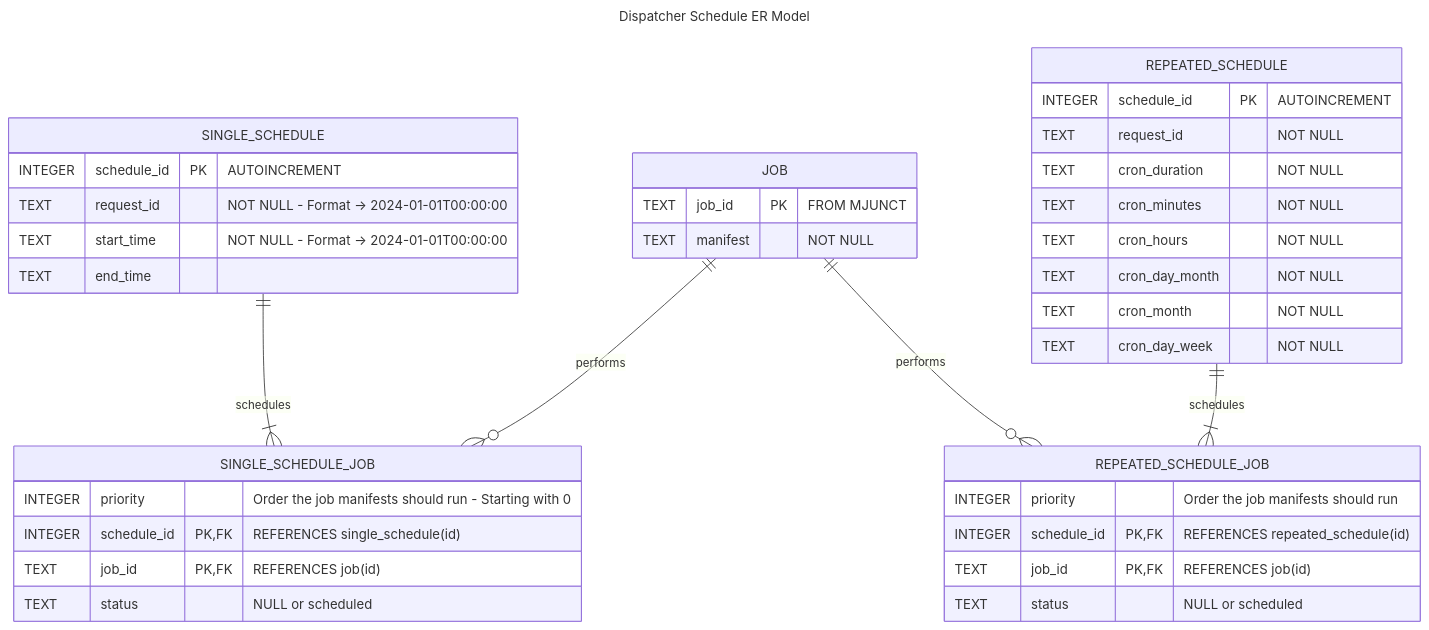
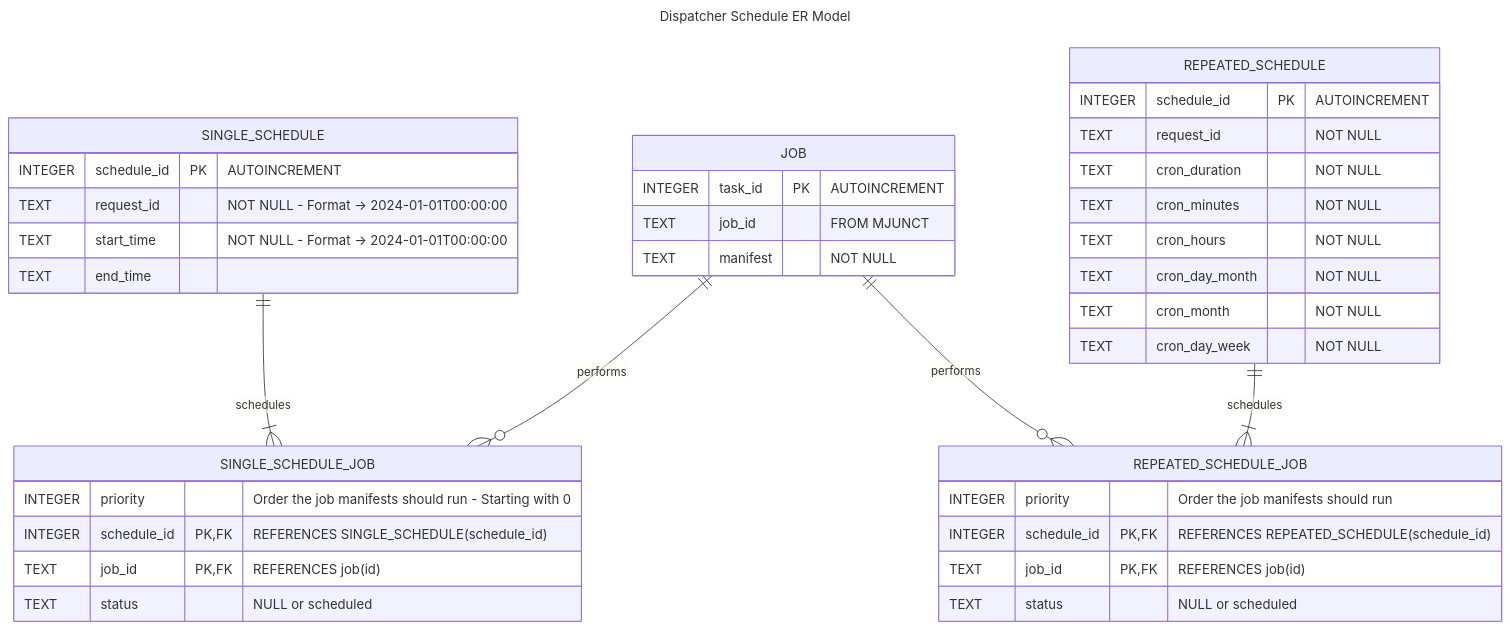
Before and after one commit to intel/intel-inb-manageability: the diagram in docs/Dispatcher Scheduling DB Design.md, drawn with Mermaid.

Commit message:
update database design

````diff
--- a/docs/Dispatcher Scheduling DB Design.md
+++ b/docs/Dispatcher Scheduling DB Design.md
@@ -22,49 +22,51 @@
 ```mermaid
 ---
 
 title: Dispatcher Schedule ER Model
 
 ---
 
 erDiagram
     SINGLE_SCHEDULE ||--|{ SINGLE_SCHEDULE_JOB : schedules
     SINGLE_SCHEDULE_JOB {
         INTEGER priority "Order the job manifests should run - Starting with 0"
-        INTEGER schedule_id PK, FK "REFERENCES single_schedule(id)"
-        TEXT job_id PK, FK "REFERENCES job(id)"
+        INTEGER schedule_id PK,FK "REFERENCES SINGLE_SCHEDULE(schedule_id)"
+        TEXT job_id PK,FK "REFERENCES job(id)"
         TEXT status "NULL or scheduled"
     }
 
     SINGLE_SCHEDULE {
         INTEGER schedule_id PK "AUTOINCREMENT"
         TEXT request_id "NOT NULL - Format -> 2024-01-01T00:00:00"
         TEXT start_time "NOT NULL - Format -> 2024-01-01T00:00:00"
         TEXT end_time
     }
     JOB ||--o{ SINGLE_SCHEDULE_JOB: performs
     JOB ||--o{ REPEATED_SCHEDULE_JOB : performs
 
     JOB {
-        TEXT job_id PK "FROM MJUNCT"
+        INTEGER task_id PK "AUTOINCREMENT"
+        TEXT job_id "FROM MJUNCT"
         TEXT manifest "NOT NULL"
-    }
+    }  
+    
     REPEATED_SCHEDULE ||--|{ REPEATED_SCHEDULE_JOB : schedules
     REPEATED_SCHEDULE_JOB {
         INTEGER priority "Order the job manifests should run"
-        INTEGER schedule_id PK, FK "REFERENCES repeated_schedule(id)"
-        TEXT job_id PK, FK "REFERENCES job(id)"
+        INTEGER schedule_id PK,FK "REFERENCES REPEATED_SCHEDULE(schedule_id)"
+        TEXT job_id PK,FK "REFERENCES job(id)"
         TEXT status "NULL or scheduled"
     }
 
     REPEATED_SCHEDULE {
         INTEGER schedule_id PK "AUTOINCREMENT"
         TEXT request_id "NOT NULL"
         TEXT cron_duration "NOT NULL"
         TEXT cron_minutes "NOT NULL"
         TEXT cron_hours "NOT NULL"
         TEXT cron_day_month "NOT NULL"
         TEXT cron_month "NOT NULL"
         TEXT cron_day_week "NOT NULL"
     }
     
 ```
````
